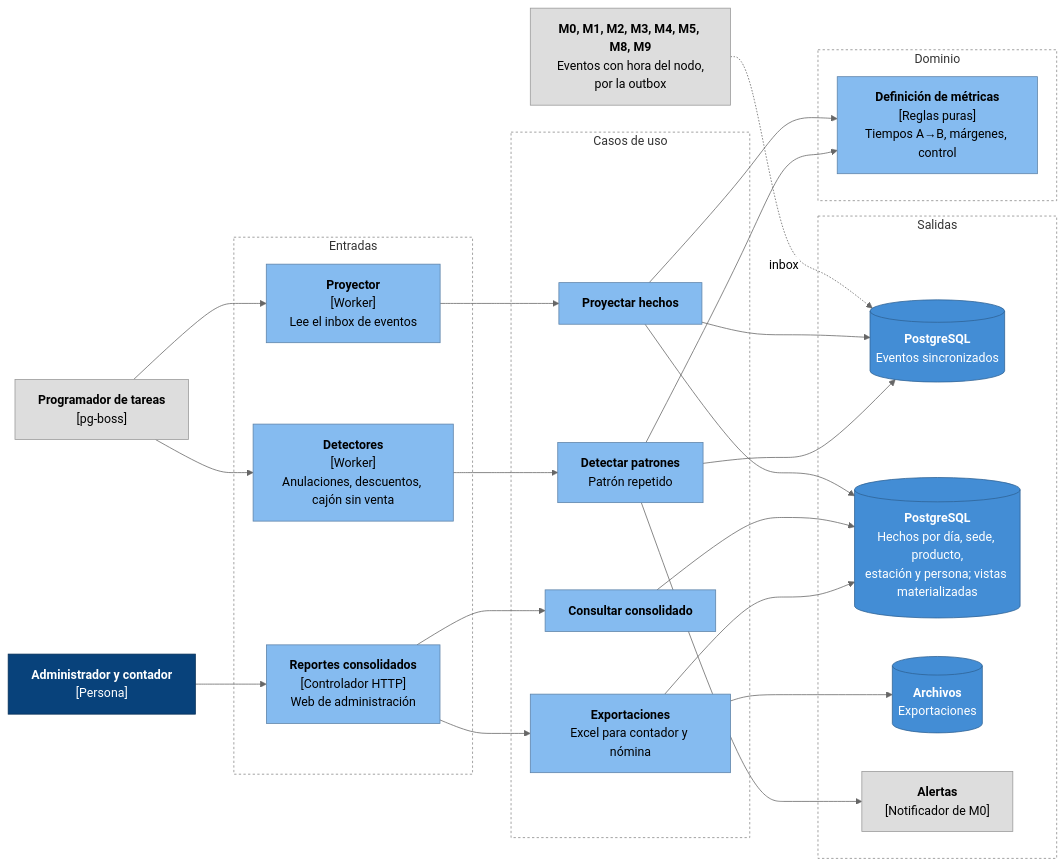
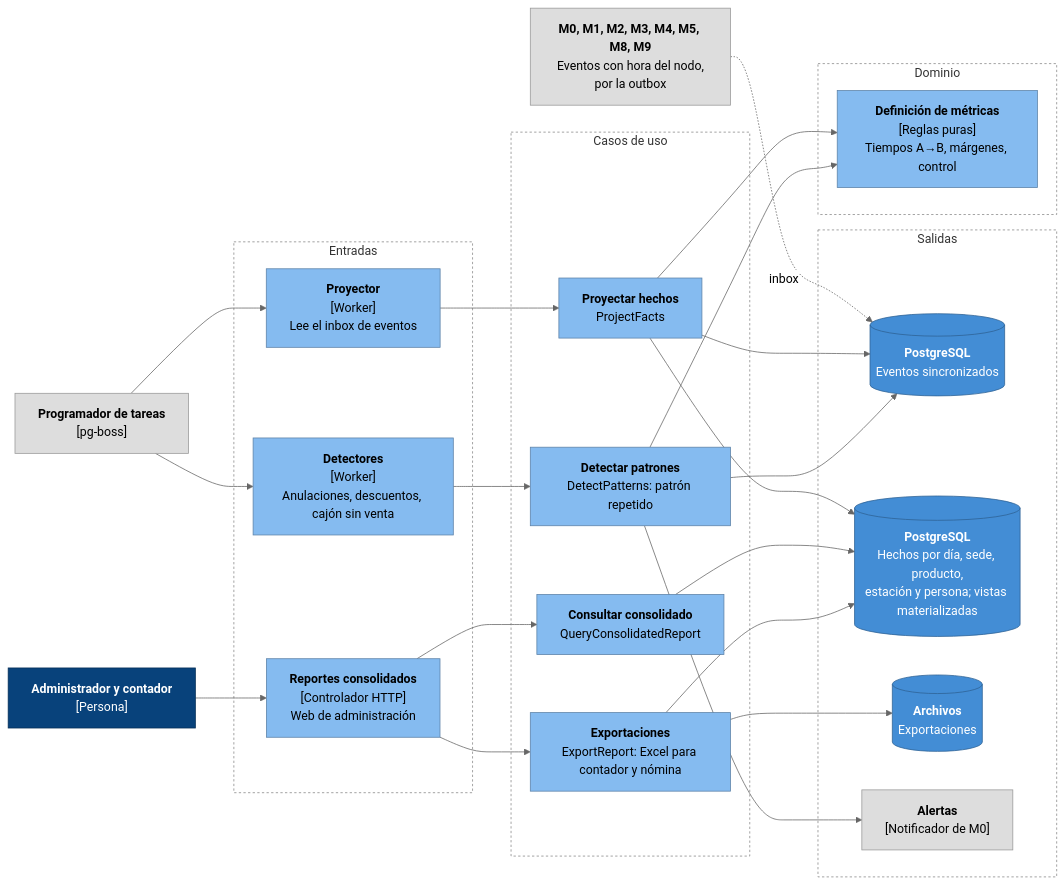
One commit to CesarJOtizM/blackHole changed the second of 2 diagrams in docs/arquitectura/componentes/c4-m6-reportes.md. Above: the diagram before and after it, drawn with Mermaid (neutral theme). The commit also changed other lines of this file and 159 other files, not shown here.

````diff
--- a/docs/arquitectura/componentes/c4-m6-reportes.md
+++ b/docs/arquitectura/componentes/c4-m6-reportes.md
@@ -35,60 +35,60 @@
 ```mermaid
 flowchart LR
   MODS["<b>M0, M1, M2, M3, M4, M5, M8, M9</b><br/>Eventos con hora del nodo,<br/>por la outbox"]:::modulo
   PRG["<b>Programador de tareas</b><br/>[pg-boss]"]:::modulo
   ADM["<b>Administrador y contador</b><br/>[Persona]"]:::persona
 
   subgraph Entradas["Entradas"]
     PROY["<b>Proyector</b><br/>[Worker]<br/>Lee el inbox de eventos"]:::componente
     DET["<b>Detectores</b><br/>[Worker]<br/>Anulaciones, descuentos, cajón sin venta"]:::componente
     RC["<b>Reportes consolidados</b><br/>[Controlador HTTP]<br/>Web de administración"]:::componente
   end
 
   subgraph Aplicacion["Casos de uso"]
-    UC_PRY["<b>Proyectar hechos</b>"]:::componente
-    UC_DET["<b>Detectar patrones</b><br/>Patrón repetido"]:::componente
-    UC_CON["<b>Consultar consolidado</b>"]:::componente
-    EXP["<b>Exportaciones</b><br/>Excel para contador y nómina"]:::componente
+    UC_PRY["<b>Proyectar hechos</b><br/>ProjectFacts"]:::componente
+    UC_DET["<b>Detectar patrones</b><br/>DetectPatterns: patrón repetido"]:::componente
+    UC_CON["<b>Consultar consolidado</b><br/>QueryConsolidatedReport"]:::componente
+    EXP["<b>Exportaciones</b><br/>ExportReport: Excel para contador y nómina"]:::componente
   end
 
   subgraph Dominio["Dominio"]
     D_MET["<b>Definición de métricas</b><br/>[Reglas puras]<br/>Tiempos A→B, márgenes, control"]:::componente
   end
 
   subgraph Salida["Salidas"]
     INB[("<b>PostgreSQL</b><br/>Eventos sincronizados")]:::contenedor
     HEC[("<b>PostgreSQL</b><br/>Hechos por día, sede, producto,<br/>estación y persona; vistas materializadas")]:::contenedor
     OBJ[("<b>Archivos</b><br/>Exportaciones")]:::contenedor
     NOT["<b>Alertas</b><br/>[Notificador de M0]"]:::modulo
   end
 
   MODS -. "inbox" .-> INB
   PRG --> PROY
   PRG --> DET
   ADM --> RC
 
   PROY --> UC_PRY
   DET --> UC_DET
   RC --> UC_CON
   RC --> EXP
 
   UC_PRY --> D_MET
   UC_DET --> D_MET
 
   UC_PRY --> INB
   UC_PRY --> HEC
   UC_DET --> INB
   UC_DET --> NOT
   UC_CON --> HEC
   EXP --> HEC
   EXP --> OBJ
 
   classDef persona fill:#08427b,stroke:#052e56,color:#fff
   classDef componente fill:#85bbf0,stroke:#5d82a8,color:#000
   classDef contenedor fill:#438dd5,stroke:#2e6295,color:#fff
   classDef modulo fill:#dddddd,stroke:#999999,color:#000
   style Entradas fill:none,stroke:#888,stroke-dasharray: 3 3
   style Aplicacion fill:none,stroke:#888,stroke-dasharray: 3 3
   style Dominio fill:none,stroke:#888,stroke-dasharray: 3 3
   style Salida fill:none,stroke:#888,stroke-dasharray: 3 3
 ```
````
